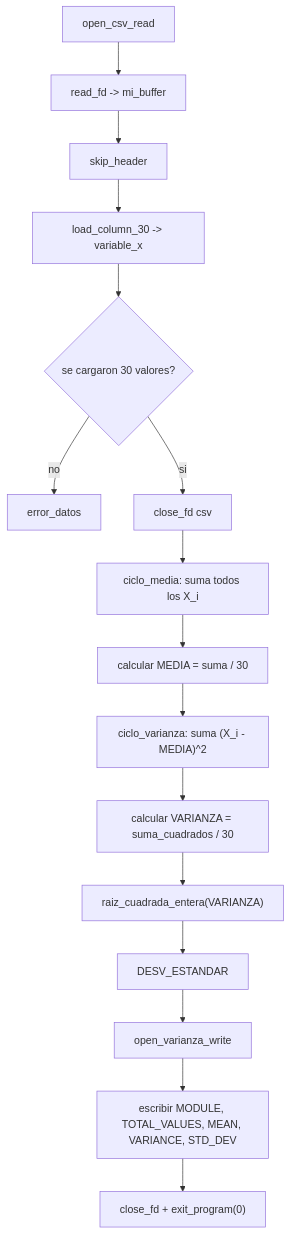
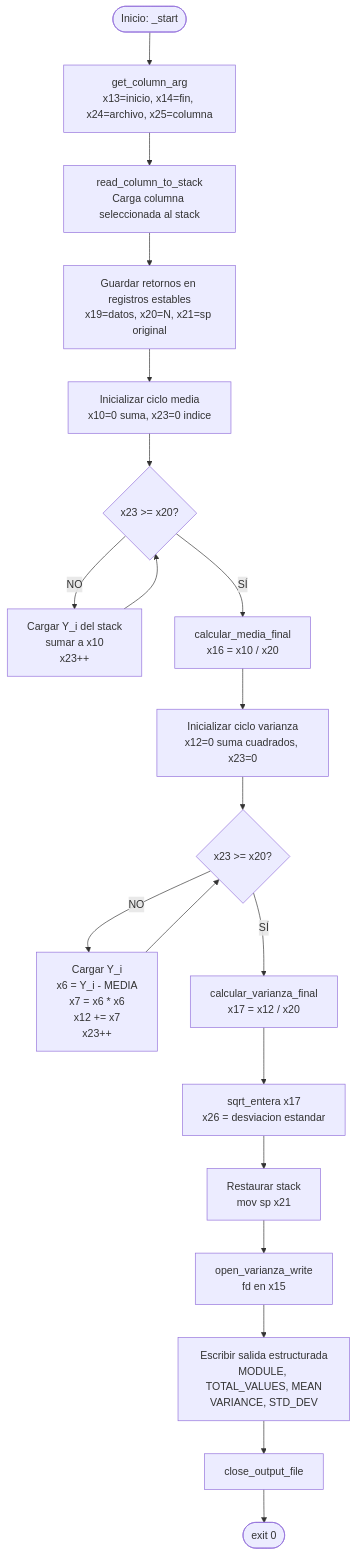
Before and after one commit to ricardious/ARQUI1V1S_G15: the diagram in Proyecto 2/docs/integrantes/elizabeth_varianza.md, drawn with Mermaid. The commit also changed other lines of this file and 1 other file, not shown here.

Commit message:
docs: documentación de modulo 2 varianza y modulo 4 integral error

````diff
--- a/Proyecto 2/docs/integrantes/elizabeth_varianza.md
+++ b/Proyecto 2/docs/integrantes/elizabeth_varianza.md
@@ -32,18 +106,22 @@
 ```mermaid
 flowchart TD
-    A["open_csv_read"] --> B["read_fd -> mi_buffer"]
-    B --> C["skip_header"]
-    C --> D["load_column_30 -> variable_x"]
-    D --> E{"se cargaron 30 valores?"}
-    E -->|"no"| Z["error_datos"]
-    E -->|"si"| F["close_fd csv"]
-    F --> G["ciclo_media: suma todos los X_i"]
-    G --> H["calcular MEDIA = suma / 30"]
-    H --> I["ciclo_varianza: suma (X_i - MEDIA)^2"]
-    I --> J["calcular VARIANZA = suma_cuadrados / 30"]
-    J --> K["raiz_cuadrada_entera(VARIANZA)"]
-    K --> L["DESV_ESTANDAR"]
-    L --> M["open_varianza_write"]
-    M --> N["escribir MODULE, TOTAL_VALUES, MEAN, VARIANCE, STD_DEV"]
-    N --> O["close_fd + exit_program(0)"]
+    A([Inicio: _start]) --> B[get_column_arg\nx13=inicio, x14=fin, x24=archivo, x25=columna]
+    B --> C[read_column_to_stack\nCarga columna seleccionada al stack]
+    C --> D[Guardar retornos en registros estables\nx19=datos, x20=N, x21=sp original]
+    D --> E[Inicializar ciclo media\nx10=0 suma, x23=0 indice]
+    E --> F{x23 >= x20?}
+    F -- NO --> G[Cargar Y_i del stack\nsumar a x10\nx23++]
+    G --> F
+    F -- SÍ --> H[calcular_media_final\nx16 = x10 / x20]
+    H --> I[Inicializar ciclo varianza\nx12=0 suma cuadrados, x23=0]
+    I --> J{x23 >= x20?}
+    J -- NO --> K[Cargar Y_i\nx6 = Y_i - MEDIA\nx7 = x6 * x6\nx12 += x7\nx23++]
+    K --> J
+    J -- SÍ --> L[calcular_varianza_final\nx17 = x12 / x20]
+    L --> M[sqrt_entera x17\nx26 = desviacion estandar]
+    M --> N[Restaurar stack\nmov sp x21]
+    N --> O[open_varianza_write\nfd en x15]
+    O --> P[Escribir salida estructurada\nMODULE, TOTAL_VALUES, MEAN\nVARIANCE, STD_DEV]
+    P --> Q[close_output_file]
+    Q --> Z([exit 0])
 ```
````
